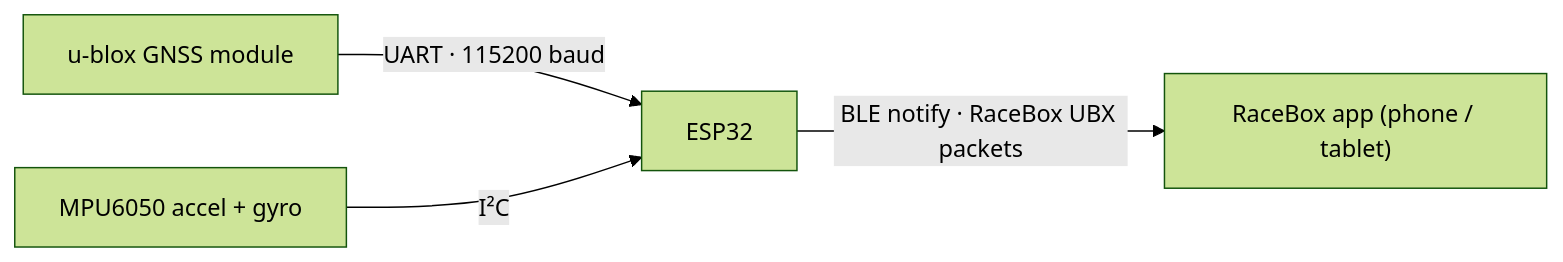
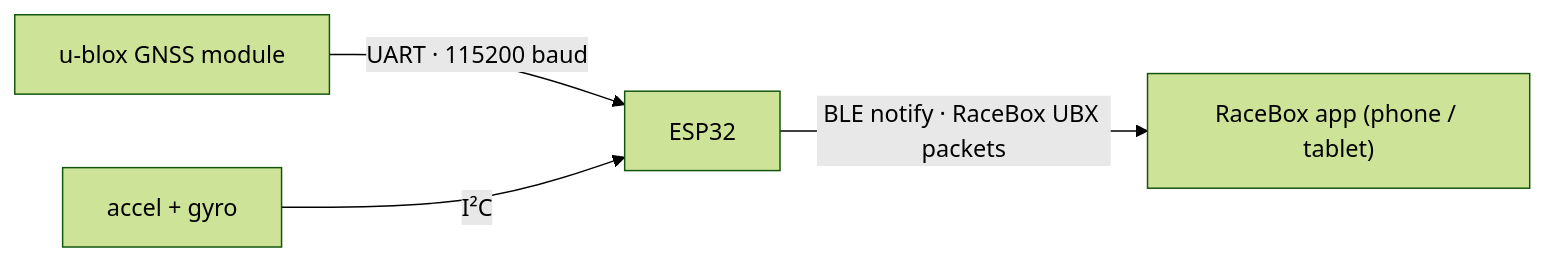
One commit to c20d-us/gnimu changed the diagram in README.md. Above: the diagram before and after it, drawn with Mermaid (forest theme). The commit also changed other lines of this file, not shown here.

````diff
--- a/README.md
+++ b/README.md
@@ -26,6 +26,6 @@
 ```mermaid
 flowchart LR
     GNSS["u-blox GNSS module"] -- "UART · 115200 baud" --> ESP32["ESP32"]
-    IMU["MPU6050 accel + gyro"] -- "I²C" --> ESP32
+    IMU["accel + gyro"] -- "I²C" --> ESP32
     ESP32 -- "BLE notify · RaceBox UBX packets" --> App["RaceBox app (phone / tablet)"]
 ```
````
